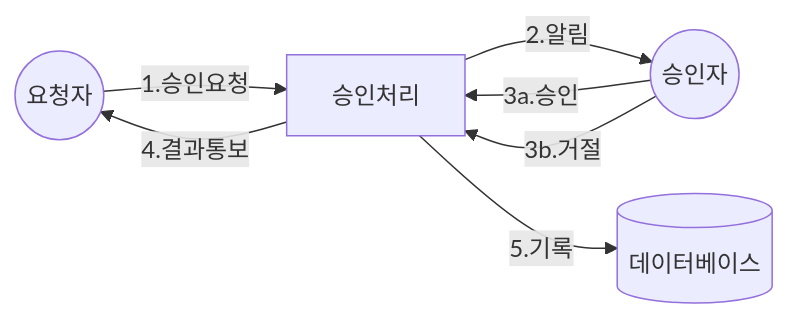
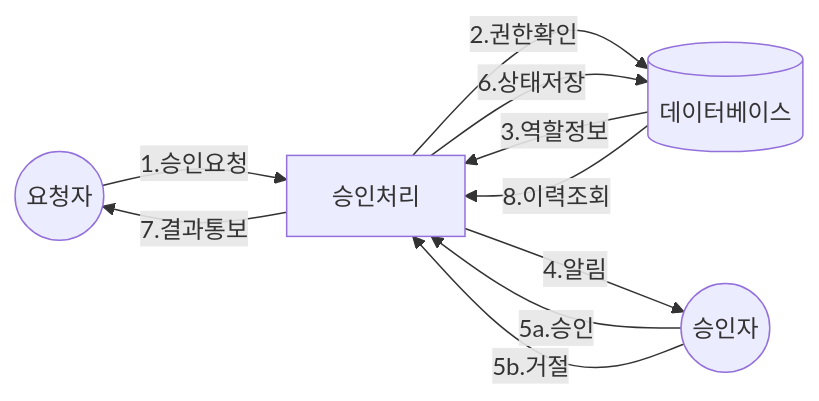
One commit to daekyung23/back-end changed the third of 4 diagrams in docs/architecture/dfd.md. Above: the diagram before and after it, drawn with Mermaid.

````diff
--- a/docs/architecture/dfd.md
+++ b/docs/architecture/dfd.md
@@ -36,14 +36,17 @@
 ```mermaid
 flowchart LR
     Req((요청자))
     Process[승인처리]
     Approver((승인자))
     DB[(데이터베이스)]
     
     Req -->|1.승인요청| Process
-    Process -->|2.알림| Approver
-    Approver -->|3a.승인| Process
-    Approver -->|3b.거절| Process
-    Process -->|4.결과통보| Req
-    Process -->|5.기록| DB
+    Process -->|2.권한확인| DB
+    DB -->|3.역할정보| Process
+    Process -->|4.알림| Approver
+    Approver -->|5a.승인| Process
+    Approver -->|5b.거절| Process
+    Process -->|6.상태저장| DB
+    Process -->|7.결과통보| Req
+    DB -->|8.이력조회| Process
 ```
````
